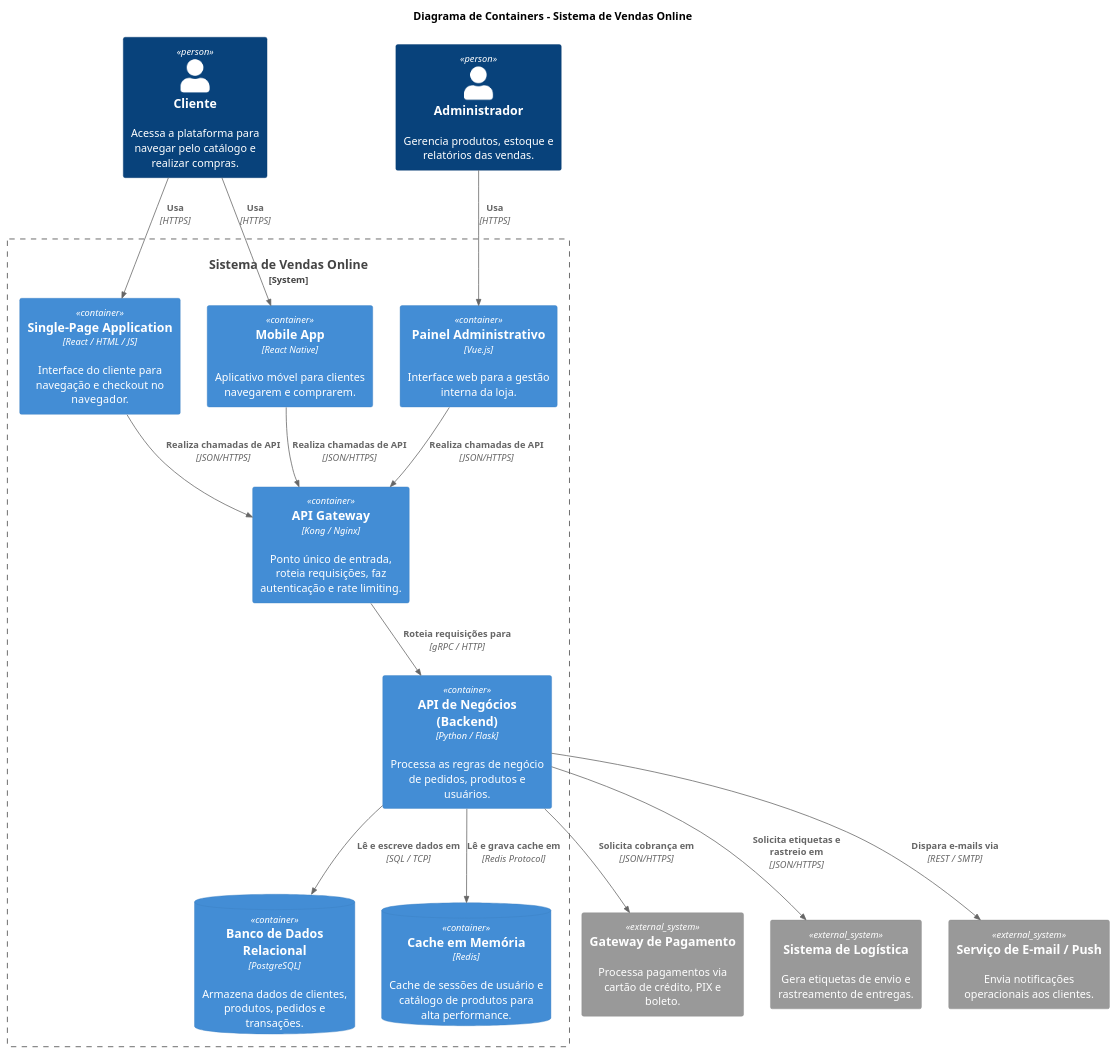
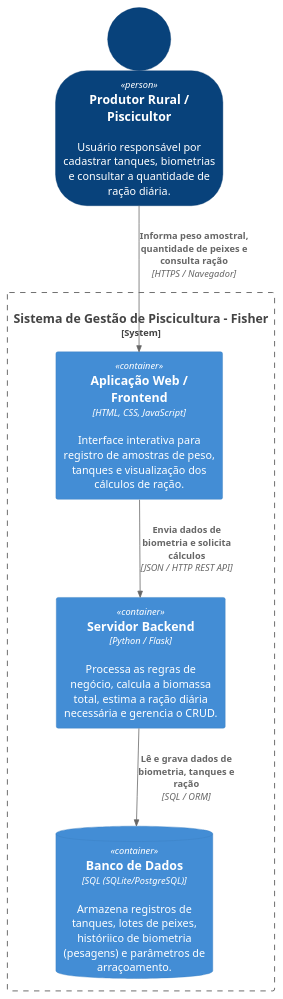
The diagram in container.puml (MariaLuizaGomesSouza/Projeto-Fisher), drawn with PlantUML before and after one commit. The commit also changed 2 other files, not shown here.

```diff
--- a/container.puml
+++ b/container.puml
@@ -1,48 +1,20 @@
-@startuml Diagrama_de_Container
+@startuml container
 !include https://raw.githubusercontent.com/plantuml-stdlib/C4-PlantUML/master/C4_Container.puml
 
-' Título do Diagrama C4 Container
-title Diagrama de Containers - Sistema de Vendas Online
+SHOW_PERSON_OUTLINE()
 
-' Pessoas / Atores
-Person(cliente, "Cliente", "Acessa a plataforma para navegar pelo catálogo e realizar compras.")
-Person(admin, "Administrador", "Gerencia produtos, estoque e relatórios das vendas.")
+Person(produtor, "Produtor Rural / Piscicultor", "Usuário responsável por cadastrar tanques, biometrias e consultar a quantidade de ração diária.")
 
-' Sistemas Externos
-System_Ext(pagamentos, "Gateway de Pagamento", "Processa pagamentos via cartão de crédito, PIX e boleto.")
-System_Ext(logistica, "Sistema de Logística", "Gera etiquetas de envio e rastreamento de entregas.")
-System_Ext(notificacoes, "Serviço de E-mail / Push", "Envia notificações operacionais aos clientes.")
-
-' Limite da Aplicação (O Sistema de Vendas)
-System_Boundary(sistema, "Sistema de Vendas Online") {
-    Container(web_app, "Single-Page Application", "React / HTML / JS", "Interface do cliente para navegação e checkout no navegador.")
-    Container(mobile_app, "Mobile App", "React Native", "Aplicativo móvel para clientes navegarem e comprarem.")
-    Container(spa_admin, "Painel Administrativo", "Vue.js", "Interface web para a gestão interna da loja.")
+System_Boundary(c1, "Sistema de Gestão de Piscicultura - Fisher") {
+    Container(web_app, "Aplicação Web / Frontend", "HTML, CSS, JavaScript", "Interface interativa para registro de amostras de peso, tanques e visualização dos cálculos de ração.")
     
-    Container(api_gateway, "API Gateway", "Kong / Nginx", "Ponto único de entrada, roteia requisições, faz autenticação e rate limiting.")
+    Container(backend, "Servidor Backend", "Python / Flask", "Processa as regras de negócio, calcula a biomassa total, estima a ração diária necessária e gerencia o CRUD.")
     
-    Container(backend_api, "API de Negócios (Backend)", "Python / Flask", "Processa as regras de negócio de pedidos, produtos e usuários.")
-    
-    ContainerDb(database, "Banco de Dados Relacional", "PostgreSQL", "Armazena dados de clientes, produtos, pedidos e transações.")
-    ContainerDb(cache, "Cache em Memória", "Redis", "Cache de sessões de usuário e catálogo de produtos para alta performance.")
+    ContainerDb(database, "Banco de Dados", "SQL (SQLite/PostgreSQL)", "Armazena registros de tanques, lotes de peixes, históriico de biometria (pesagens) e parâmetros de arraçoamento.")
 }
 
-' Relacionamentos
-Rel(cliente, web_app, "Usa", "HTTPS")
-Rel(cliente, mobile_app, "Usa", "HTTPS")
-Rel(admin, spa_admin, "Usa", "HTTPS")
-
-Rel(web_app, api_gateway, "Realiza chamadas de API", "JSON/HTTPS")
-Rel(mobile_app, api_gateway, "Realiza chamadas de API", "JSON/HTTPS")
-Rel(spa_admin, api_gateway, "Realiza chamadas de API", "JSON/HTTPS")
-
-Rel(api_gateway, backend_api, "Roteia requisições para", "gRPC / HTTP")
-
-Rel(backend_api, database, "Lê e escreve dados em", "SQL / TCP")
-Rel(backend_api, cache, "Lê e grava cache em", "Redis Protocol")
-
-Rel(backend_api, pagamentos, "Solicita cobrança em", "JSON/HTTPS")
-Rel(backend_api, logistica, "Solicita etiquetas e rastreio em", "JSON/HTTPS")
-Rel(backend_api, notificacoes, "Dispara e-mails via", "REST / SMTP")
+Rel(produtor, web_app, "Informa peso amostral, quantidade de peixes e consulta ração", "HTTPS / Navegador")
+Rel(web_app, backend, "Envia dados de biometria e solicita cálculos", "JSON / HTTP REST API")
+Rel(backend, database, "Lê e grava dados de biometria, tanques e ração", "SQL / ORM")
 
 @enduml
```
